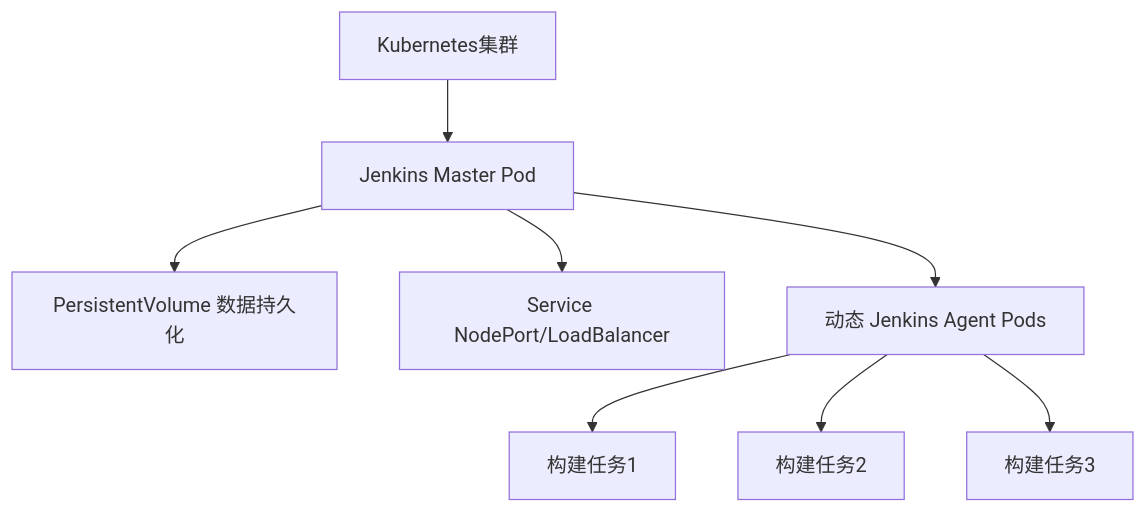
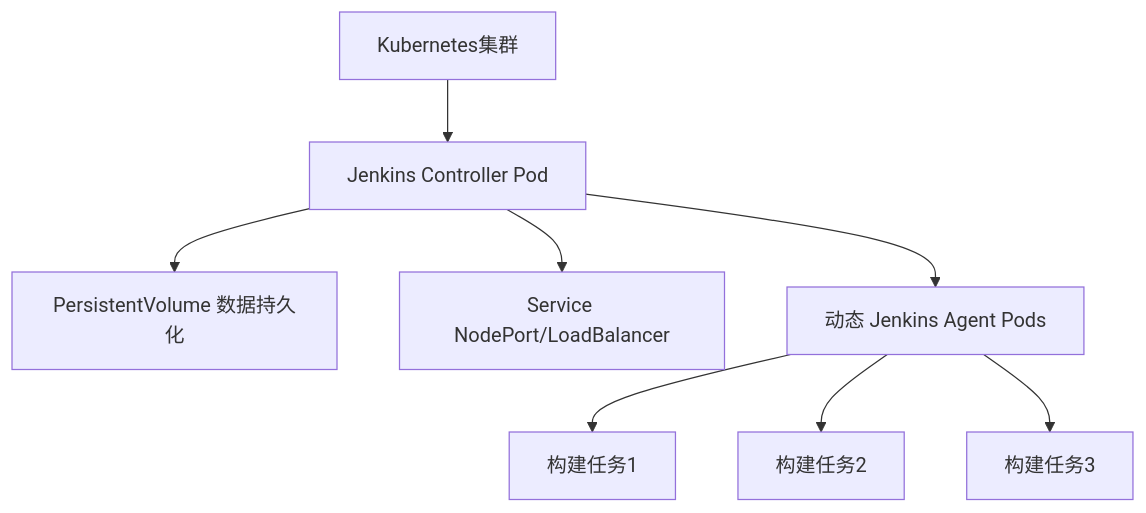
One commit to luozijian1990/ops-roadmap changed the first of 6 diagrams in topics/delivery/jenkins/guide.md. Above: the diagram before and after it, drawn with Mermaid. The commit also changed other lines of this file and 6 other files, not shown here.

````diff
--- a/topics/delivery/jenkins/guide.md
+++ b/topics/delivery/jenkins/guide.md
@@ -148,10 +150,10 @@
 ```mermaid
 graph TD
-    A[Kubernetes集群] --> B[Jenkins Master Pod]
+    A[Kubernetes集群] --> B[Jenkins Controller Pod]
     B --> C[PersistentVolume 数据持久化]
     B --> D[Service NodePort/LoadBalancer]
     B --> E[动态 Jenkins Agent Pods]
     E --> F[构建任务1]
     E --> G[构建任务2]
     E --> H[构建任务3]
 ```
````
